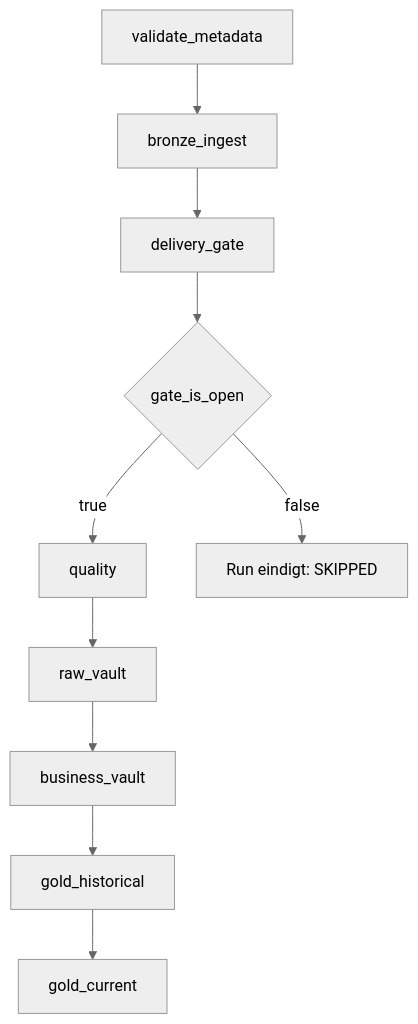
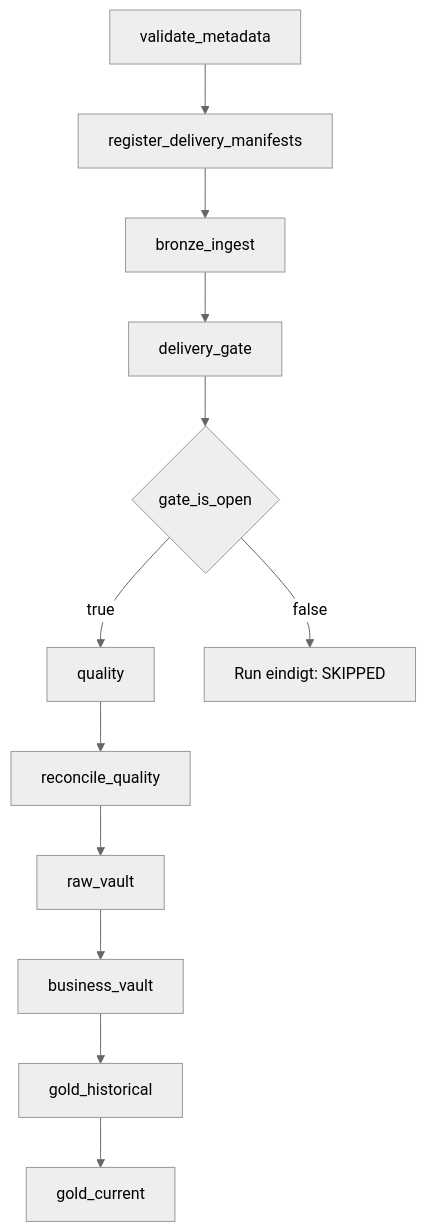
One commit to bobstoelinga/Contoso_lakehouse_v2 changed the first of 2 diagrams in docs/05_workflow_design.md. Above: the diagram before and after it, drawn with Mermaid (neutral theme). The commit also changed other lines of this file and 40 other files, not shown here.

````diff
--- a/docs/05_workflow_design.md
+++ b/docs/05_workflow_design.md
@@ -12,12 +21,14 @@
 ```mermaid
 flowchart TD
-    A[validate_metadata] --> B[bronze_ingest]
+    A[validate_metadata] --> M[register_delivery_manifests]
+    M --> B[bronze_ingest]
     B --> C[delivery_gate]
     C --> D{gate_is_open}
     D -->|true| E[quality]
     D -->|false| X[Run eindigt: SKIPPED]
-    E --> F[raw_vault]
+    E --> R[reconcile_quality]
+    R --> F[raw_vault]
     F --> G[business_vault]
     G --> H[gold_historical]
     H --> I[gold_current]
 ```
````
